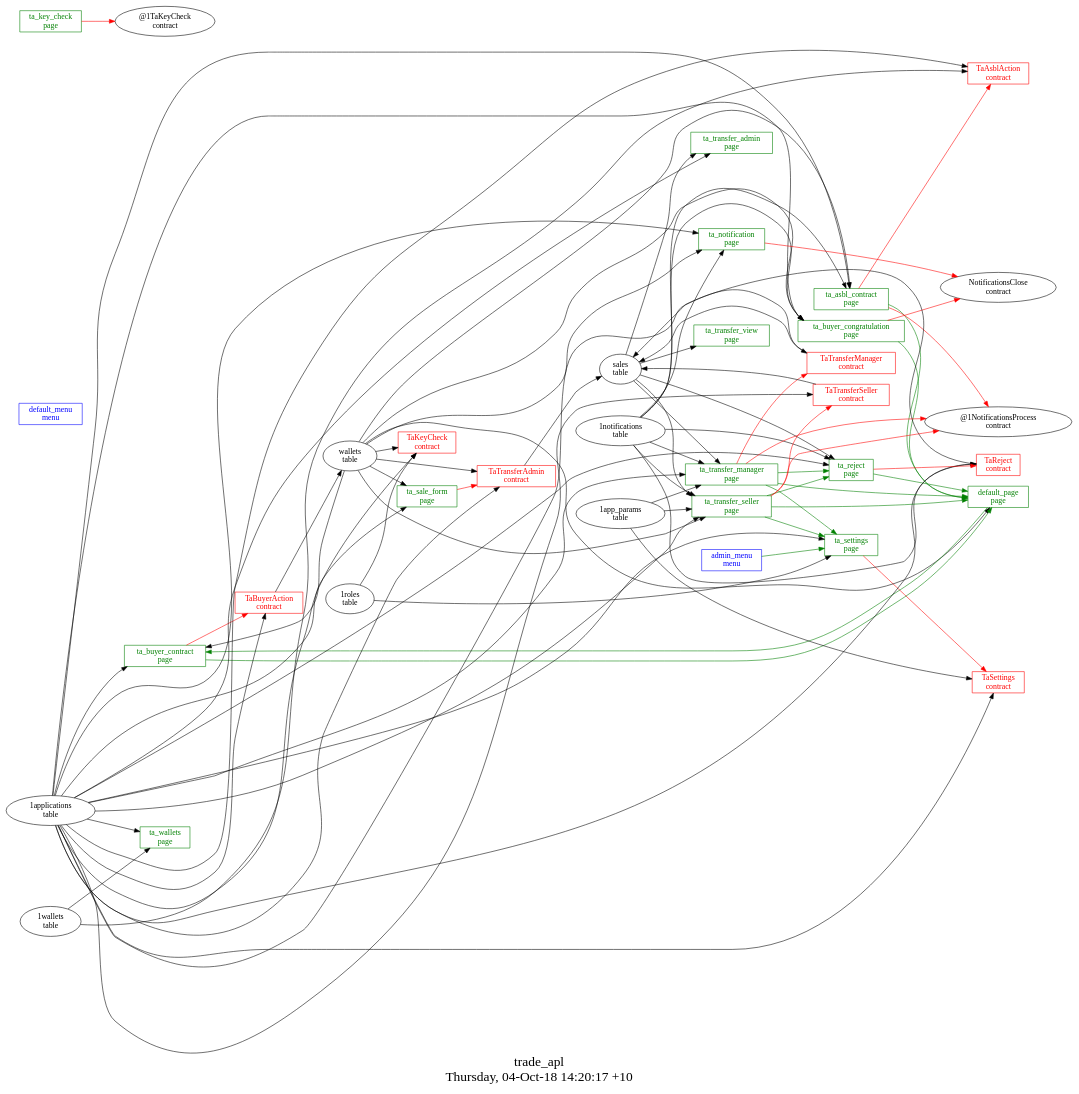
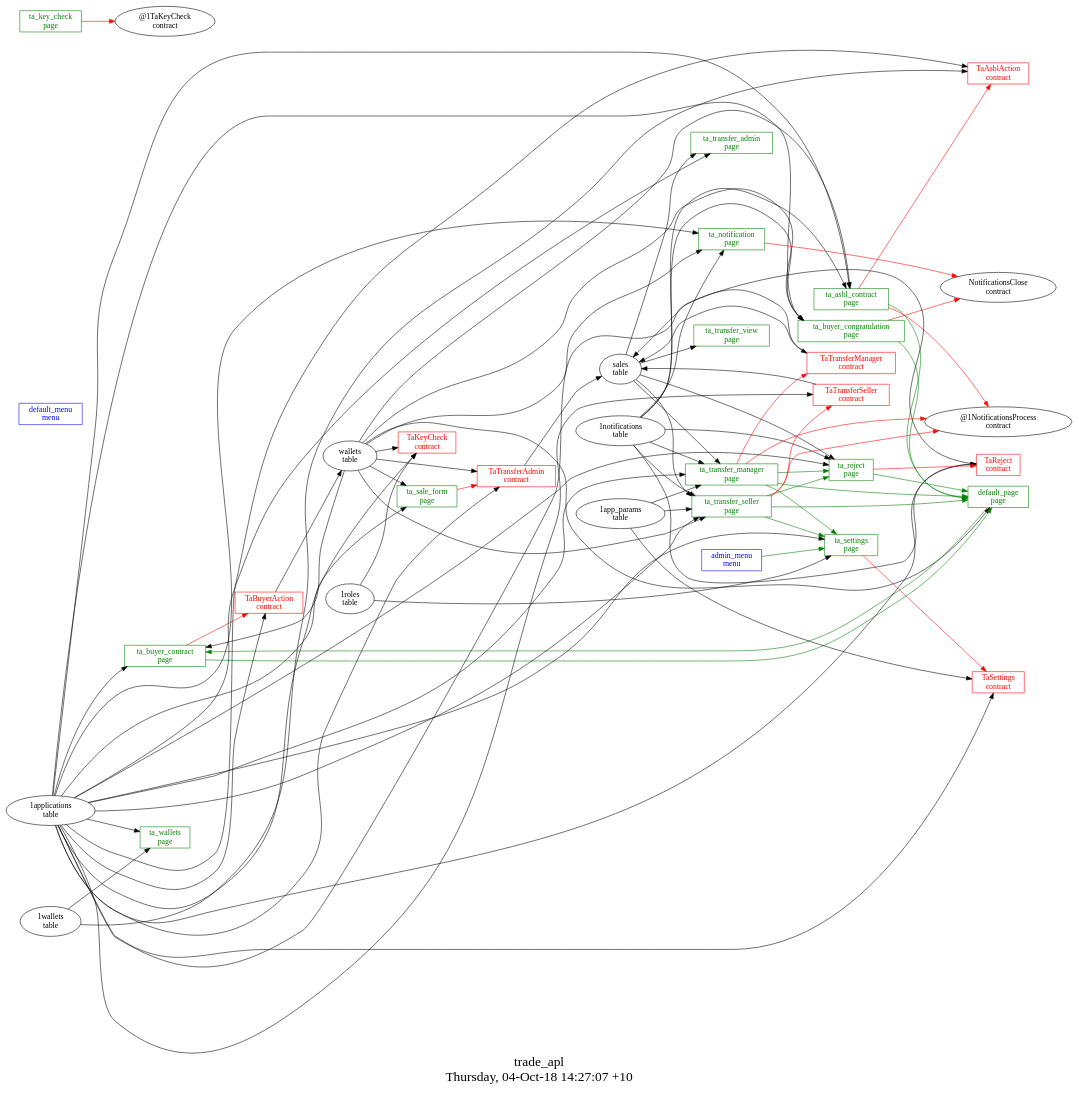
One commit to AplaProject/apps changed the diagram in other/trade_apl/struct.dot. Above: the diagram before and after it, drawn with Graphviz. The commit also changed 2 other files, not shown here.

Commit message:
Fixed trade_apl

```diff
--- a/other/trade_apl/struct.dot
+++ b/other/trade_apl/struct.dot
@@ -1,111 +1,111 @@
 digraph G {
 fontsize="24";
-label="trade_apl\nThursday, 04-Oct-18 14:20:17 +10";
+label="trade_apl\nThursday, 04-Oct-18 14:27:07 +10";
 nojustify=true;
 ordering=out;
 rankdir=LR;
 size="30";
 "admin_menu\nmenu" -> "ta_settings\npage"  [ color=green ]
 "admin_menu\nmenu" [color=blue, fontcolor=blue, group=menus, shape=record];
 "default_menu\nmenu" [color=blue, fontcolor=blue, group=menus, shape=record];
 "wallets\ntable" -> "default_page\npage"
 "default_page\npage" -> "ta_buyer_contract\npage"  [ color=green ]
 "default_page\npage" [color=green, fontcolor=green, group=pages, shape=record];
 "ta_asbl_contract\npage" -> "TaAsblAction\ncontract"  [ color=red ]
 "ta_asbl_contract\npage" -> "@1NotificationsProcess\ncontract"  [ color=red ]
 "1applications\ntable" -> "ta_asbl_contract\npage"
 "1notifications\ntable" -> "ta_asbl_contract\npage"
 "wallets\ntable" -> "ta_asbl_contract\npage"
 "ta_asbl_contract\npage" -> "default_page\npage"  [ color=green ]
 "ta_asbl_contract\npage" [color=green, fontcolor=green, group=pages, shape=record];
 "ta_buyer_congratulation\npage" -> "NotificationsClose\ncontract"  [ color=red ]
 "1applications\ntable" -> "ta_buyer_congratulation\npage"
 "1notifications\ntable" -> "ta_buyer_congratulation\npage"
 "wallets\ntable" -> "ta_buyer_congratulation\npage"
 "ta_buyer_congratulation\npage" -> "default_page\npage"  [ color=green ]
 "ta_buyer_congratulation\npage" [color=green, fontcolor=green, group=pages, shape=record];
 "ta_buyer_contract\npage" -> "TaBuyerAction\ncontract"  [ color=red ]
 "1applications\ntable" -> "ta_buyer_contract\npage"
 "wallets\ntable" -> "ta_buyer_contract\npage"
 "ta_buyer_contract\npage" -> "default_page\npage"  [ color=green ]
 "ta_buyer_contract\npage" [color=green, fontcolor=green, group=pages, shape=record];
 "ta_key_check\npage" -> "@1TaKeyCheck\ncontract"  [ color=red ]
 "ta_key_check\npage" [color=green, fontcolor=green, group=pages, shape=record];
 "ta_notification\npage" -> "NotificationsClose\ncontract"  [ color=red ]
 "1applications\ntable" -> "ta_notification\npage"
 "1notifications\ntable" -> "ta_notification\npage"
 "wallets\ntable" -> "ta_notification\npage"
 "ta_notification\npage" [color=green, fontcolor=green, group=pages, shape=record];
 "ta_reject\npage" -> "TaReject\ncontract"  [ color=red ]
 "1applications\ntable" -> "ta_reject\npage"
 "1notifications\ntable" -> "ta_reject\npage"
 "sales\ntable" -> "ta_reject\npage"
 "ta_reject\npage" -> "default_page\npage"  [ color=green ]
 "ta_reject\npage" [color=green, fontcolor=green, group=pages, shape=record];
 "ta_sale_form\npage" -> "TaTransferAdmin\ncontract"  [ color=red ]
 "1applications\ntable" -> "ta_sale_form\npage"
 "wallets\ntable" -> "ta_sale_form\npage"
 "ta_sale_form\npage" [color=green, fontcolor=green, group=pages, shape=record];
 "ta_settings\npage" -> "TaSettings\ncontract"  [ color=red ]
 "1applications\ntable" -> "ta_settings\npage"
 "1roles\ntable" -> "ta_settings\npage"
 "ta_settings\npage" [color=green, fontcolor=green, group=pages, shape=record];
 "1applications\ntable" -> "ta_transfer_admin\npage"
 "sales\ntable" -> "ta_transfer_admin\npage"
 "ta_transfer_admin\npage" [color=green, fontcolor=green, group=pages, shape=record];
 "ta_transfer_manager\npage" -> "TaTransferManager\ncontract"  [ color=red ]
 "ta_transfer_manager\npage" -> "@1NotificationsProcess\ncontract"  [ color=red ]
 "1applications\ntable" -> "ta_transfer_manager\npage"
 "1notifications\ntable" -> "ta_transfer_manager\npage"
 "sales\ntable" -> "ta_transfer_manager\npage"
 "1app_params\ntable" -> "ta_transfer_manager\npage"
 "ta_transfer_manager\npage" -> "ta_reject\npage"  [ color=green ]
 "ta_transfer_manager\npage" -> "default_page\npage"  [ color=green ]
 "ta_transfer_manager\npage" -> "ta_settings\npage"  [ color=green ]
 "ta_transfer_manager\npage" [color=green, fontcolor=green, group=pages, shape=record];
 "ta_transfer_seller\npage" -> "TaTransferSeller\ncontract"  [ color=red ]
 "ta_transfer_seller\npage" -> "@1NotificationsProcess\ncontract"  [ color=red ]
 "1applications\ntable" -> "ta_transfer_seller\npage"
 "1notifications\ntable" -> "ta_transfer_seller\npage"
 "sales\ntable" -> "ta_transfer_seller\npage"
 "wallets\ntable" -> "ta_transfer_seller\npage"
 "1app_params\ntable" -> "ta_transfer_seller\npage"
 "ta_transfer_seller\npage" -> "ta_reject\npage"  [ color=green ]
 "ta_transfer_seller\npage" -> "default_page\npage"  [ color=green ]
 "ta_transfer_seller\npage" -> "ta_settings\npage"  [ color=green ]
 "ta_transfer_seller\npage" [color=green, fontcolor=green, group=pages, shape=record];
 "sales\ntable" -> "ta_transfer_view\npage"
 "ta_transfer_view\npage" [color=green, fontcolor=green, group=pages, shape=record];
 "1applications\ntable" -> "ta_wallets\npage"
 "1wallets\ntable" -> "ta_wallets\npage"
 "ta_wallets\npage" [color=green, fontcolor=green, group=pages, shape=record];
 "1applications\ntable" -> "TaAsblAction\ncontract"
 "1wallets\ntable" -> "TaAsblAction\ncontract"
 "TaAsblAction\ncontract" [color=red, fontcolor=red, group=contracts, shape=record];
 "TaBuyerAction\ncontract" -> "wallets\ntable"  [ color="" ]
 "1applications\ntable" -> "TaBuyerAction\ncontract"
 "TaBuyerAction\ncontract" [color=red, fontcolor=red, group=contracts, shape=record];
 "wallets\ntable" -> "TaKeyCheck\ncontract"
 "1applications\ntable" -> "TaKeyCheck\ncontract"
 "1roles\ntable" -> "TaKeyCheck\ncontract"
 "TaKeyCheck\ncontract" [color=red, fontcolor=red, group=contracts, shape=record];
 "TaReject\ncontract" -> "sales\ntable"  [ color="" ]
 "1applications\ntable" -> "TaReject\ncontract"
 "1notifications\ntable" -> "TaReject\ncontract"
 "TaReject\ncontract" [color=red, fontcolor=red, group=contracts, shape=record];
 "1applications\ntable" -> "TaSettings\ncontract"
 "1app_params\ntable" -> "TaSettings\ncontract"
 "TaSettings\ncontract" [color=red, fontcolor=red, group=contracts, shape=record];
 "TaTransferAdmin\ncontract" -> "sales\ntable"  [ color="" ]
 "1applications\ntable" -> "TaTransferAdmin\ncontract"
 "wallets\ntable" -> "TaTransferAdmin\ncontract"
 "TaTransferAdmin\ncontract" [color=red, fontcolor=red, group=contracts, shape=record];
 "TaTransferManager\ncontract" -> "sales\ntable"  [ color="" ]
 "1applications\ntable" -> "TaTransferManager\ncontract"
 "TaTransferManager\ncontract" [color=red, fontcolor=red, group=contracts, shape=record];
 "TaTransferSeller\ncontract" -> "sales\ntable"  [ color="" ]
 "1applications\ntable" -> "TaTransferSeller\ncontract"
 "TaTransferSeller\ncontract" [color=red, fontcolor=red, group=contracts, shape=record];
 "sales\ntable" [color="", fontcolor="", group=tables, shape=""];
 "wallets\ntable" [color="", fontcolor="", group=tables, shape=""];
 }
```
